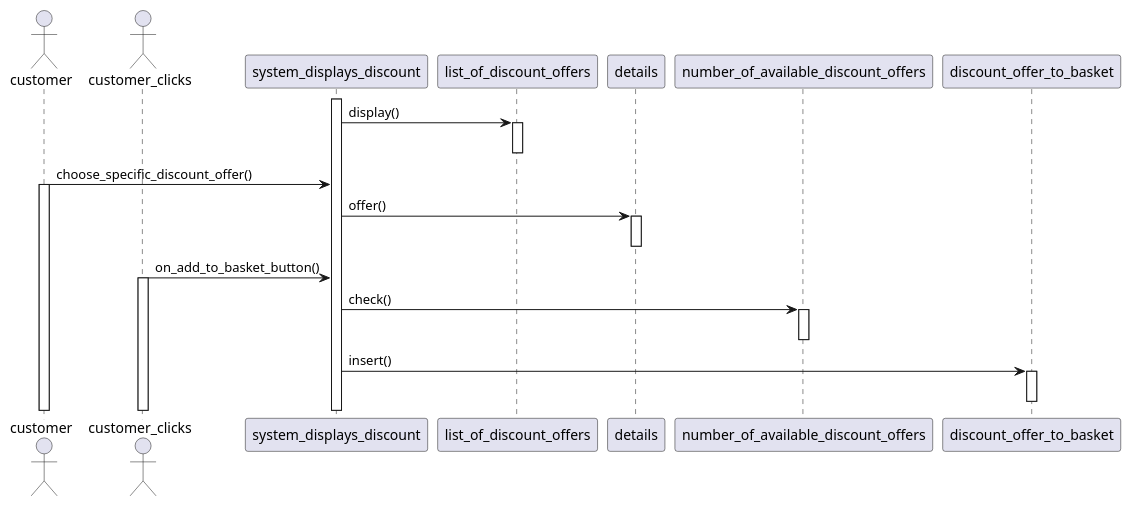
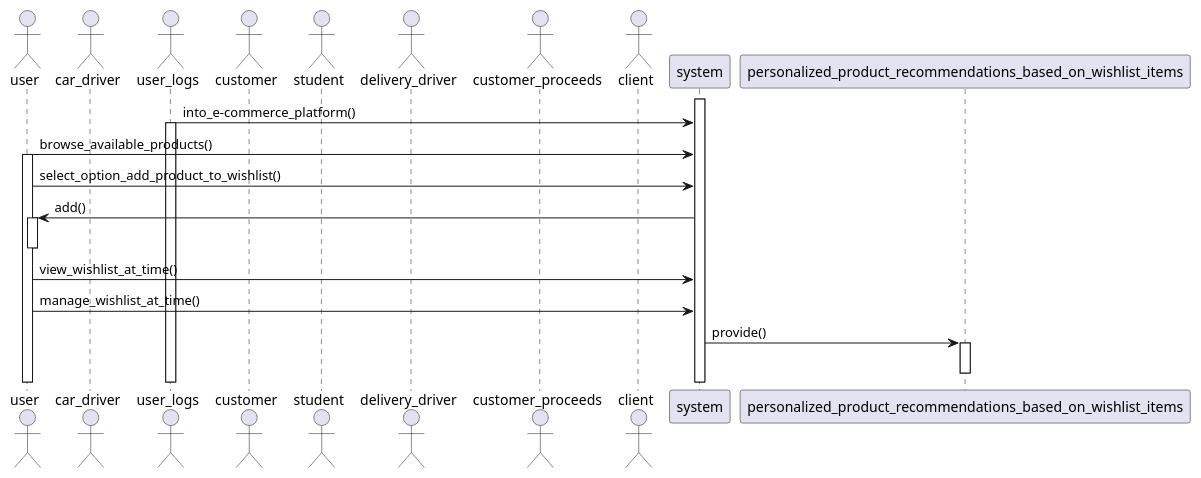
The diagram in output.puml (Neltharion59/UC2Sqd), drawn with PlantUML before and after one commit. The commit also changed 20 other files, not shown here.

```diff
--- a/output.puml
+++ b/output.puml
@@ -1,26 +1,26 @@
 @startuml
+actor user
+actor car_driver
+actor user_logs
 actor customer
-actor customer_clicks
-participant system_displays_discount
-activate system_displays_discount
-participant list_of_discount_offers
-system_displays_discount -> list_of_discount_offers: display()
-activate list_of_discount_offers
-deactivate list_of_discount_offers
-customer -> system_displays_discount: choose_specific_discount_offer()
-activate customer
-participant details
-system_displays_discount -> details: offer()
-activate details
-deactivate details
-customer_clicks -> system_displays_discount: on_add_to_basket_button()
-activate customer_clicks
-participant number_of_available_discount_offers
-system_displays_discount -> number_of_available_discount_offers: check()
-activate number_of_available_discount_offers
-deactivate number_of_available_discount_offers
-participant discount_offer_to_basket
-system_displays_discount -> discount_offer_to_basket: insert()
-activate discount_offer_to_basket
-deactivate discount_offer_to_basket
+actor student
+actor delivery_driver
+actor customer_proceeds
+actor client
+participant system
+activate system
+user_logs -> system: into_e-commerce_platform()
+activate user_logs
+user -> system: browse_available_products()
+activate user
+user -> system: select_option_add_product_to_wishlist()
+system -> user: add()
+activate user
+deactivate user
+user -> system: view_wishlist_at_time()
+user -> system: manage_wishlist_at_time()
+participant personalized_product_recommendations_based_on_wishlist_items
+system -> personalized_product_recommendations_based_on_wishlist_items: provide()
+activate personalized_product_recommendations_based_on_wishlist_items
+deactivate personalized_product_recommendations_based_on_wishlist_items
 @enduml
```
